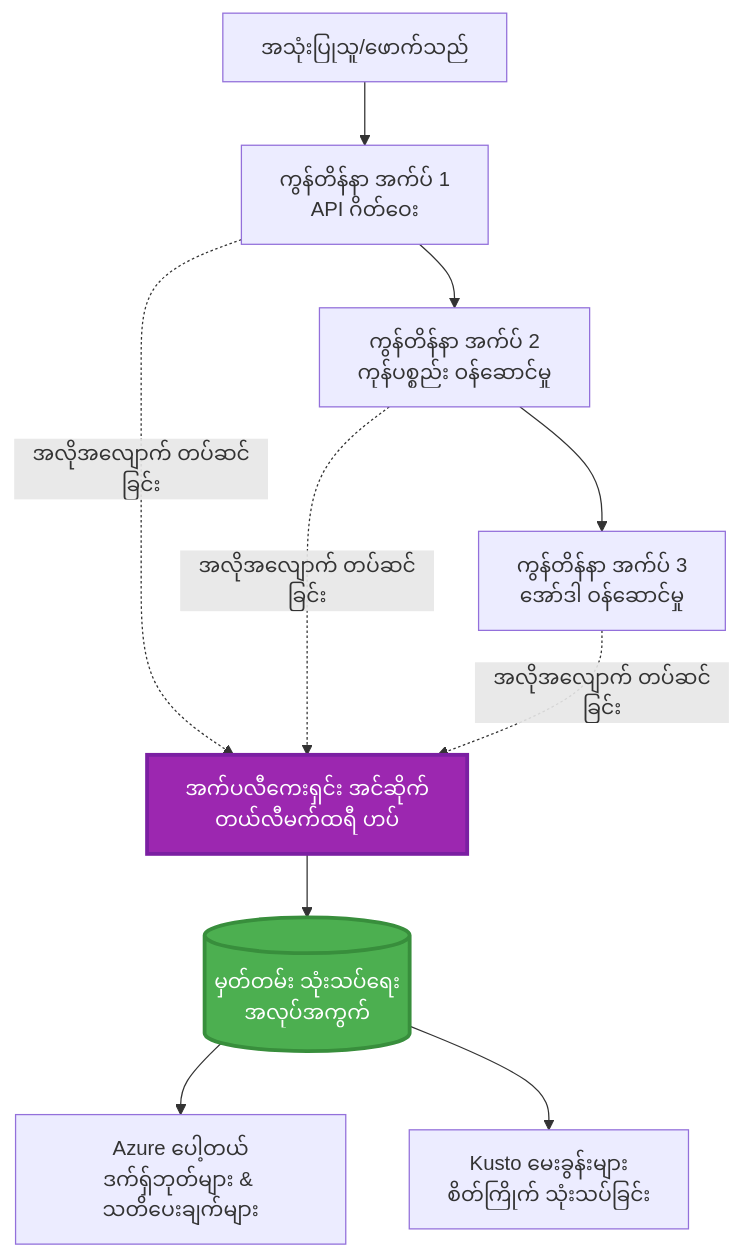
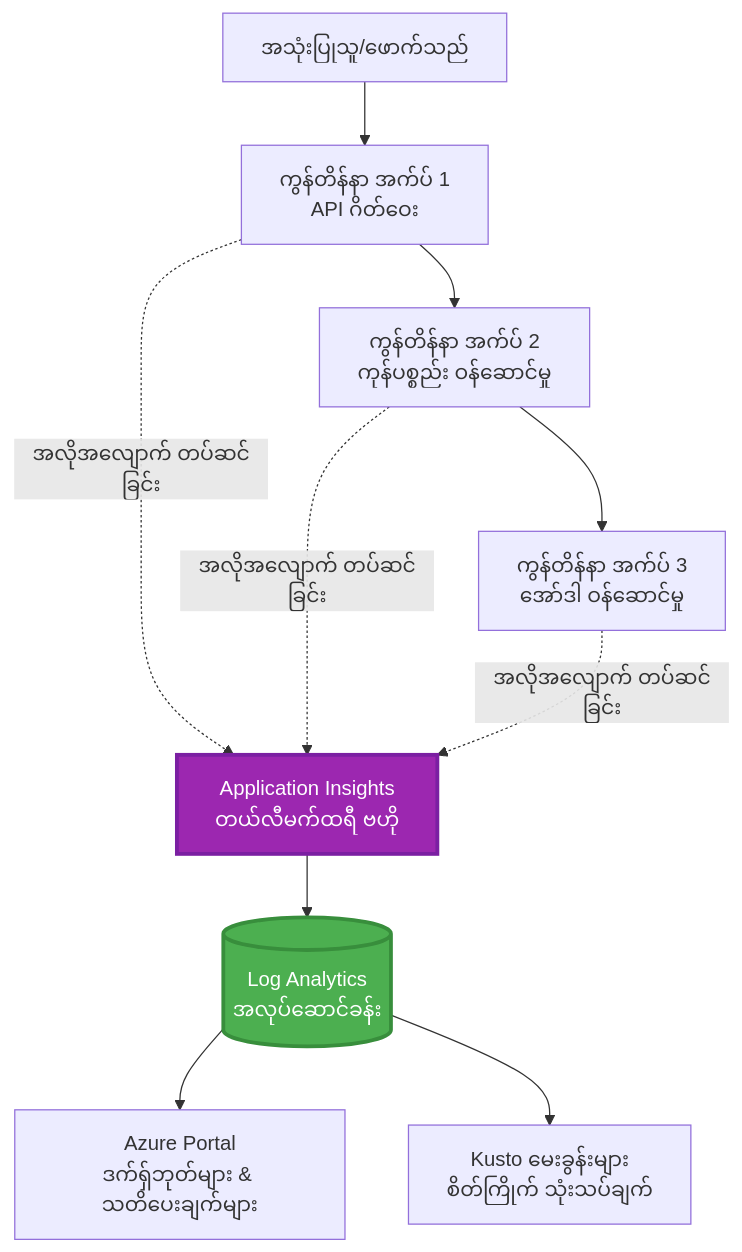
One commit to microsoft/AZD-for-beginners changed the first of 2 diagrams in translations/my/docs/chapter-06-pre-deployment/application-insights.md. Above: the diagram before and after it, drawn with Mermaid. The commit also changed other lines of this file and 101 other files, not shown here.

````diff
--- a/translations/my/docs/chapter-06-pre-deployment/application-insights.md
+++ b/translations/my/docs/chapter-06-pre-deployment/application-insights.md
@@ -58,28 +58,28 @@
 ```mermaid
 graph TB
     User[အသုံးပြုသူ/ဖောက်သည်]
     App1[ကွန်တိန်နာ အက်ပ် 1<br/>API ဂိတ်ဝေး]
     App2[ကွန်တိန်နာ အက်ပ် 2<br/>ကုန်ပစ္စည်း ဝန်ဆောင်မှု]
     App3[ကွန်တိန်နာ အက်ပ် 3<br/>အော်ဒါ ဝန်ဆောင်မှု]
     
-    AppInsights[အက်ပလီကေးရှင်း အင်ဆိုက်<br/>တယ်လီမက်ထရီ ဟပ်]
-    LogAnalytics[(မှတ်တမ်း သုံးသပ်ရေး<br/>အလုပ်အကွက်)]
+    AppInsights[Application Insights<br/>တယ်လီမက်ထရီ ဗဟို]
+    LogAnalytics[(Log Analytics<br/>အလုပ်ဆောင်ခန်း)]
     
-    Portal[Azure ပေါ့တယ်<br/>ဒက်ရှ်ဘုတ်များ & သတိပေးချက်များ]
-    Query[Kusto မေးခွန်းများ<br/>စိတ်ကြိုက် သုံးသပ်ခြင်း]
+    Portal[Azure Portal<br/>ဒက်ရှ်ဘုတ်များ & သတိပေးချက်များ]
+    Query[Kusto မေးခွန်းများ<br/>စိတ်ကြိုက် သုံးသပ်ချက်]
     
     User --> App1
     App1 --> App2
     App2 --> App3
     
     App1 -.->|အလိုအလျောက် တပ်ဆင်ခြင်း| AppInsights
     App2 -.->|အလိုအလျောက် တပ်ဆင်ခြင်း| AppInsights
     App3 -.->|အလိုအလျောက် တပ်ဆင်ခြင်း| AppInsights
     
     AppInsights --> LogAnalytics
     LogAnalytics --> Portal
     LogAnalytics --> Query
     
     style AppInsights fill:#9C27B0,stroke:#7B1FA2,stroke-width:3px,color:#fff
     style LogAnalytics fill:#4CAF50,stroke:#388E3C,stroke-width:3px,color:#fff
 ```
````
